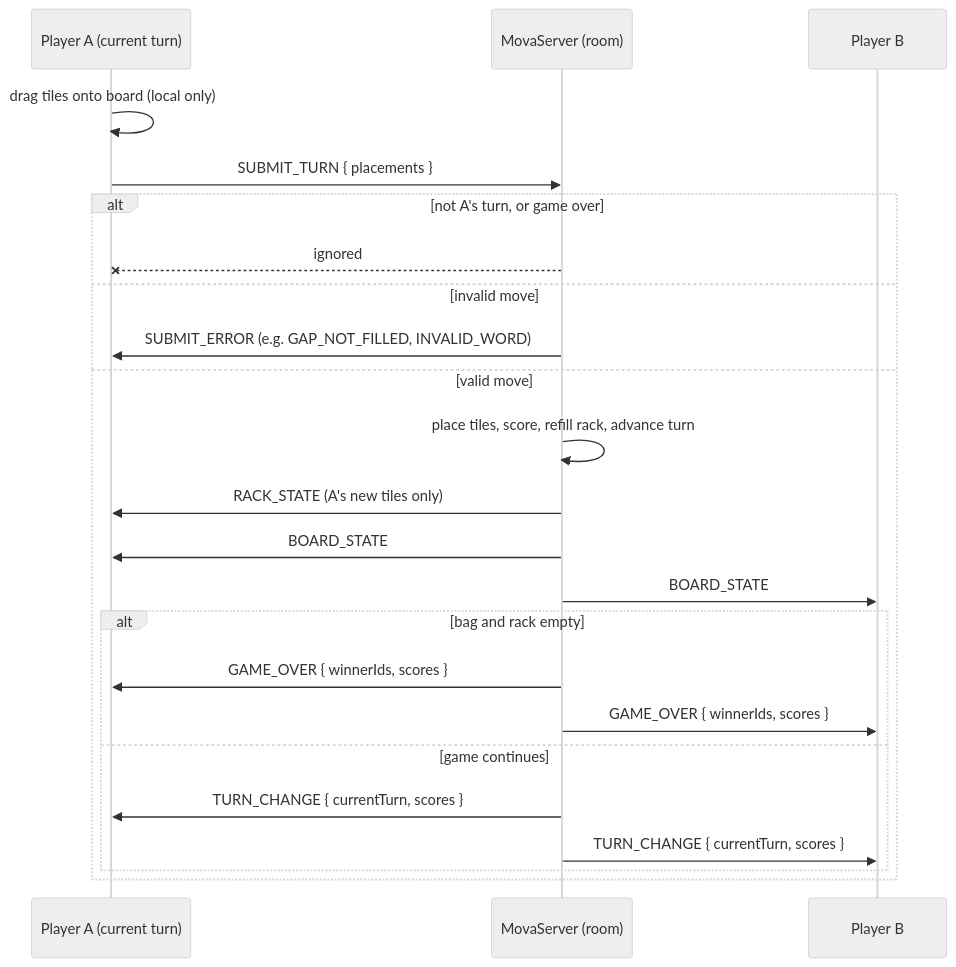
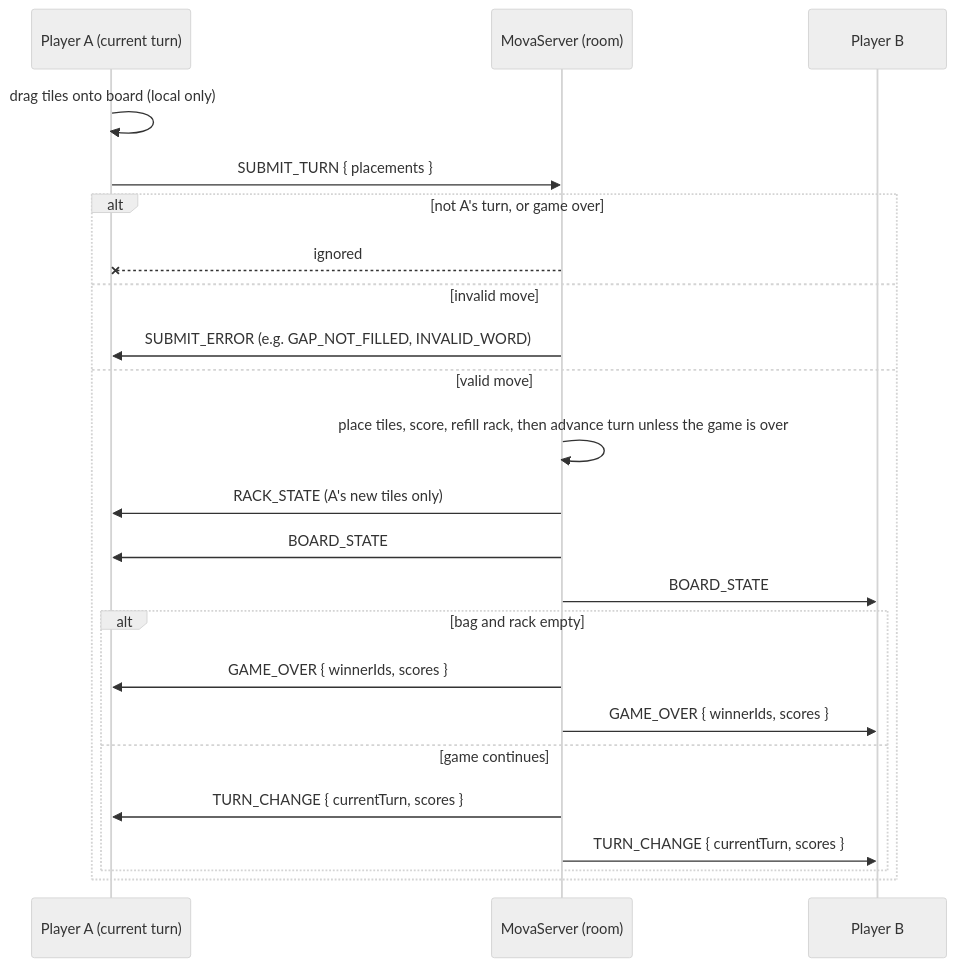
The second of 2 diagrams in README.md (ImDarkly/mova), drawn with Mermaid (neutral theme) before and after one commit.

Commit message:
README: turn advances only when the game continues
Claude-Session: https://claude.ai/code/session_014K2Eg3KqnwN4hXJXQZnnPa

````diff
--- a/README.md
+++ b/README.md
@@ -47,26 +47,26 @@
 ```mermaid
 sequenceDiagram
   participant A as Player A (current turn)
   participant S as MovaServer (room)
   participant B as Player B
 
   A->>A: drag tiles onto board (local only)
   A->>S: SUBMIT_TURN { placements }
   alt not A's turn, or game over
     S--xA: ignored
   else invalid move
     S->>A: SUBMIT_ERROR (e.g. GAP_NOT_FILLED, INVALID_WORD)
   else valid move
-    S->>S: place tiles, score, refill rack, advance turn
+    S->>S: place tiles, score, refill rack, then advance turn unless the game is over
     S->>A: RACK_STATE (A's new tiles only)
     S->>A: BOARD_STATE
     S->>B: BOARD_STATE
     alt bag and rack empty
       S->>A: GAME_OVER { winnerIds, scores }
       S->>B: GAME_OVER { winnerIds, scores }
     else game continues
       S->>A: TURN_CHANGE { currentTurn, scores }
       S->>B: TURN_CHANGE { currentTurn, scores }
     end
   end
 ```
````
